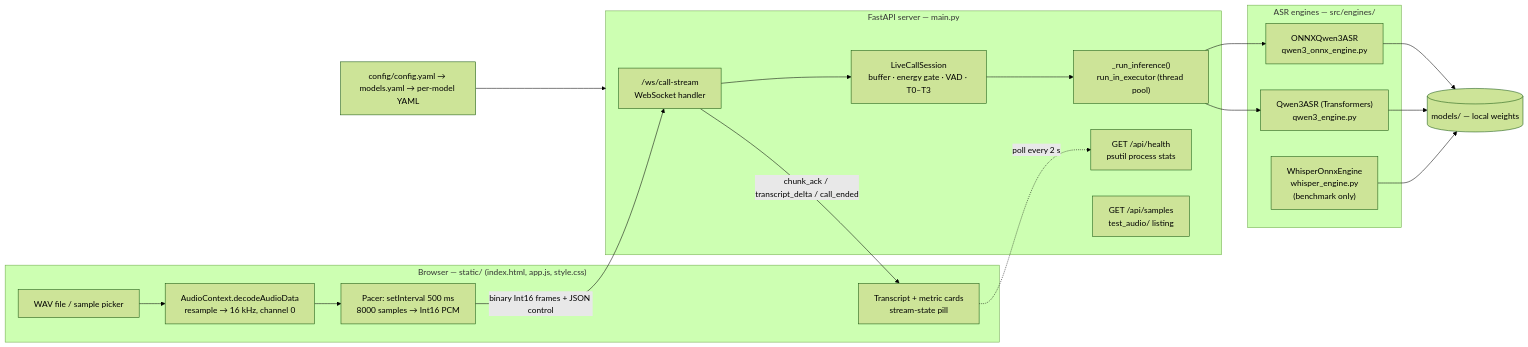
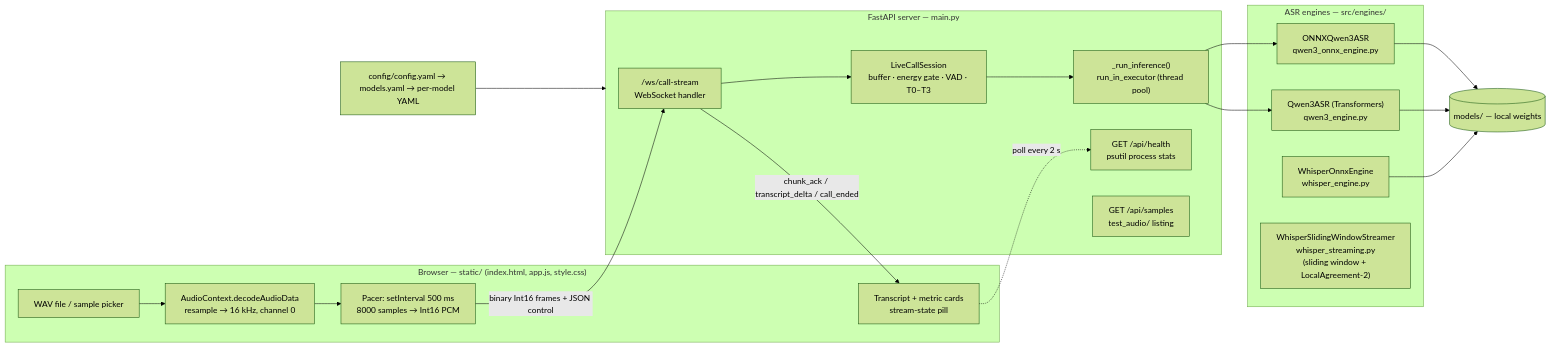
The first of 3 diagrams in docs/arch/architecture.md (naseemap47/RT-MASR-CPU), drawn with Mermaid (forest theme) before and after one commit. The commit also changed other lines of this file and 15 other files, not shown here.

Commit message:
feat: integrated whiper streaming with sliding window to UI

````diff
--- a/docs/arch/architecture.md
+++ b/docs/arch/architecture.md
@@ -14,37 +14,38 @@
 ```mermaid
 flowchart LR
     subgraph Browser["Browser — static/ (index.html, app.js, style.css)"]
         WAV["WAV file / sample picker"] --> DEC["AudioContext.decodeAudioData<br/>resample → 16 kHz, channel 0"]
         DEC --> PACE["Pacer: setInterval 500 ms<br/>8000 samples → Int16 PCM"]
         UI["Transcript + metric cards<br/>stream-state pill"]
     end
 
     subgraph Server["FastAPI server — main.py"]
         WS["/ws/call-stream<br/>WebSocket handler"]
         SESS["LiveCallSession<br/>buffer · energy gate · VAD · T0–T3"]
         EXEC["_run_inference()<br/>run_in_executor (thread pool)"]
         HEALTH["GET /api/health<br/>psutil process stats"]
         SAMPLES["GET /api/samples<br/>test_audio/ listing"]
     end
 
     subgraph Engines["ASR engines — src/engines/"]
         ONNX["ONNXQwen3ASR<br/>qwen3_onnx_engine.py"]
         HF["Qwen3ASR (Transformers)<br/>qwen3_engine.py"]
-        WH["WhisperOnnxEngine<br/>whisper_engine.py<br/>(benchmark only)"]
+        WH["WhisperOnnxEngine<br/>whisper_engine.py"]
+        SW["WhisperSlidingWindowStreamer<br/>whisper_streaming.py<br/>(sliding window + LocalAgreement-2)"]
     end
 
     CFG["config/config.yaml → models.yaml → per-model YAML"]
     MODELS[("models/ — local weights")]
 
     PACE -- "binary Int16 frames + JSON control" --> WS
     WS --> SESS
     SESS --> EXEC
     EXEC --> ONNX
     EXEC --> HF
     WS -- "chunk_ack / transcript_delta / call_ended" --> UI
     UI -.->|poll every 2 s| HEALTH
     CFG --> Server
     ONNX --> MODELS
     HF --> MODELS
     WH --> MODELS
 ```
````
